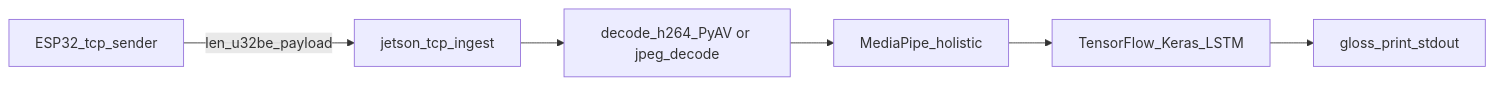
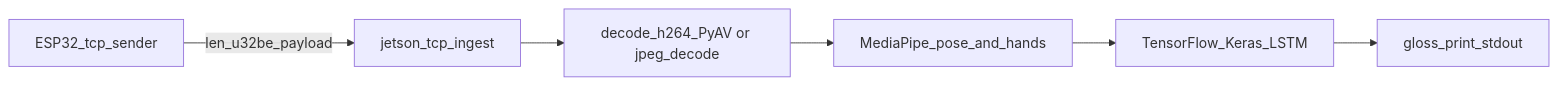
Before and after one commit to SJSU-CMPE-195/group-project-team-narm: the diagram in jetson-code/README.md, drawn with Mermaid. The commit also changed other lines of this file and 5 other files, not shown here.

Commit message:
Jetson: no-face Pose+Hands features, frame stride, hand gating, model shape check

````diff
--- a/jetson-code/README.md
+++ b/jetson-code/README.md
@@ -27,8 +27,8 @@
 ```mermaid
 flowchart LR
   esp32[ESP32_tcp_sender] -->|len_u32be_payload| jetsonTcp[jetson_tcp_ingest]
   jetsonTcp --> decode[decode_h264_PyAV or jpeg_decode]
-  decode --> mp[MediaPipe_holistic]
+  decode --> mp[MediaPipe_pose_and_hands]
   mp --> lstm[TensorFlow_Keras_LSTM]
   lstm --> stdout[gloss_print_stdout]
 ```
````
